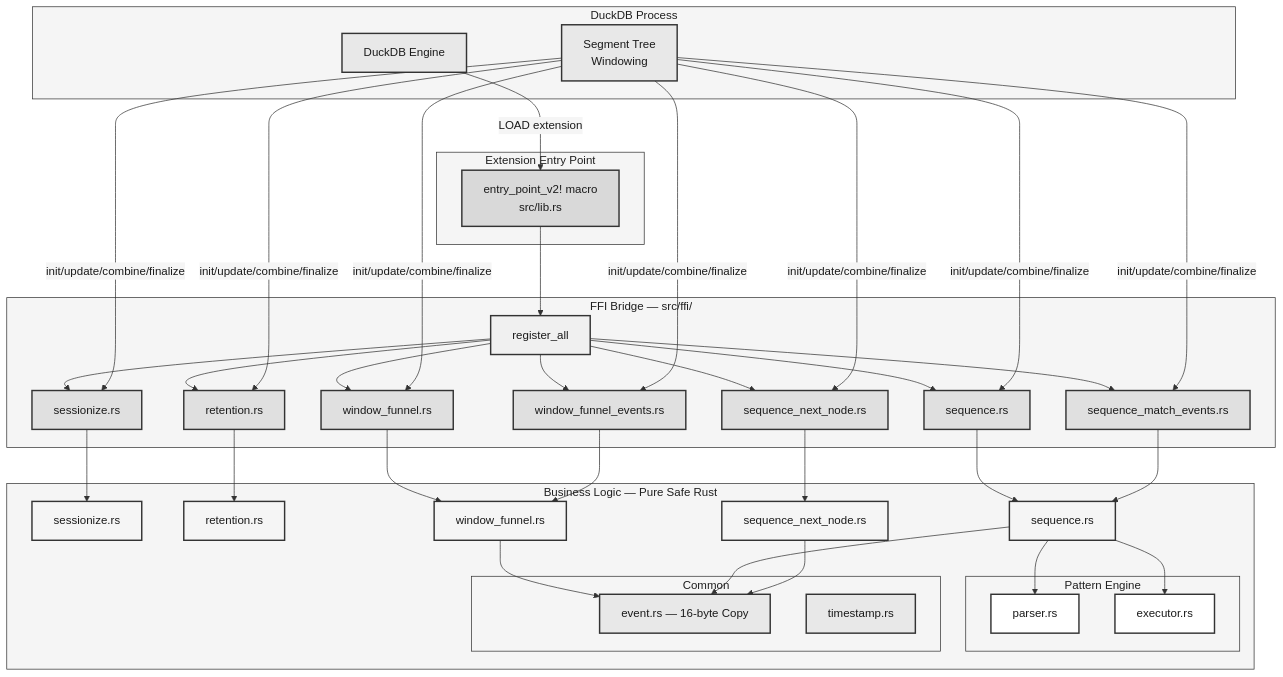
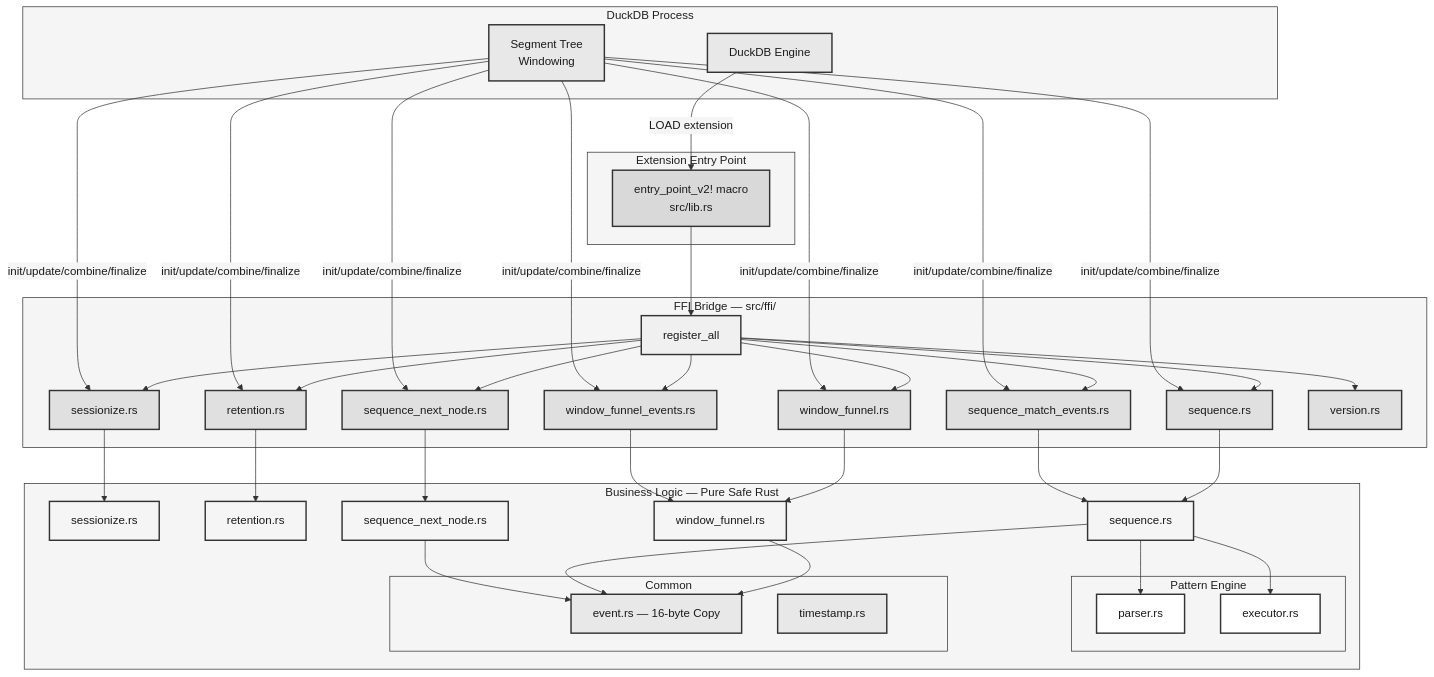
One commit to tomtom215/duckdb-behavioral changed the first of 4 diagrams in docs/src/engineering.md. Above: the diagram before and after it, drawn with Mermaid. The commit also changed other lines of this file and 25 other files, not shown here.

````diff
--- a/docs/src/engineering.md
+++ b/docs/src/engineering.md
@@ -39,76 +41,78 @@
 ```mermaid
 %%{init: {'theme': 'base', 'themeVariables': {'primaryColor': '#ffffff', 'primaryTextColor': '#1a1a1a', 'primaryBorderColor': '#333333', 'lineColor': '#333333', 'secondaryColor': '#f5f5f5', 'tertiaryColor': '#e0e0e0', 'textColor': '#1a1a1a', 'mainBkg': '#ffffff', 'clusterBkg': '#f5f5f5', 'clusterBorder': '#333333'}}}%%
 graph TB
     subgraph "DuckDB Process"
         DDB[DuckDB Engine]
         SEG[Segment Tree<br/>Windowing]
     end
 
     subgraph "Extension Entry Point"
         EP[entry_point_v2! macro<br/>src/lib.rs]
     end
 
     subgraph "FFI Bridge — src/ffi/"
         REG[register_all]
         FS[sessionize.rs]
         FR[retention.rs]
         FW[window_funnel.rs]
         FWE[window_funnel_events.rs]
         FQ[sequence.rs]
         FE[sequence_match_events.rs]
         FN[sequence_next_node.rs]
+        FV[version.rs]
     end
 
     subgraph "Business Logic — Pure Safe Rust"
         SS[sessionize.rs]
         SR[retention.rs]
         SW[window_funnel.rs]
         SQ[sequence.rs]
         SN[sequence_next_node.rs]
         subgraph "Pattern Engine"
             PP[parser.rs]
             PE[executor.rs]
         end
         subgraph "Common"
             EV[event.rs — 16-byte Copy]
             TS[timestamp.rs]
         end
     end
 
     DDB -->|LOAD extension| EP
     EP --> REG
-    REG --> FS & FR & FW & FWE & FQ & FE & FN
+    REG --> FS & FR & FW & FWE & FQ & FE & FN & FV
     SEG -->|init/update/combine/finalize| FS & FR & FW & FWE & FQ & FE & FN
     FS --> SS
     FR --> SR
     FW --> SW
     FWE --> SW
     FQ --> SQ
     FE --> SQ
     FN --> SN
     SQ --> PP & PE
     SW --> EV
     SQ --> EV
     SN --> EV
 
     style EP fill:#d9d9d9,stroke:#333333,stroke-width:2px,color:#1a1a1a
     style DDB fill:#e8e8e8,stroke:#333333,stroke-width:2px,color:#1a1a1a
     style SEG fill:#e8e8e8,stroke:#333333,stroke-width:2px,color:#1a1a1a
     style REG fill:#f0f0f0,stroke:#333333,stroke-width:2px,color:#1a1a1a
     style FS fill:#e0e0e0,stroke:#333333,stroke-width:2px,color:#1a1a1a
     style FR fill:#e0e0e0,stroke:#333333,stroke-width:2px,color:#1a1a1a
     style FW fill:#e0e0e0,stroke:#333333,stroke-width:2px,color:#1a1a1a
     style FWE fill:#e0e0e0,stroke:#333333,stroke-width:2px,color:#1a1a1a
     style FQ fill:#e0e0e0,stroke:#333333,stroke-width:2px,color:#1a1a1a
     style FE fill:#e0e0e0,stroke:#333333,stroke-width:2px,color:#1a1a1a
     style FN fill:#e0e0e0,stroke:#333333,stroke-width:2px,color:#1a1a1a
+    style FV fill:#e0e0e0,stroke:#333333,stroke-width:2px,color:#1a1a1a
     style SS fill:#f5f5f5,stroke:#333333,stroke-width:2px,color:#1a1a1a
     style SR fill:#f5f5f5,stroke:#333333,stroke-width:2px,color:#1a1a1a
     style SW fill:#f5f5f5,stroke:#333333,stroke-width:2px,color:#1a1a1a
     style SQ fill:#f5f5f5,stroke:#333333,stroke-width:2px,color:#1a1a1a
     style SN fill:#f5f5f5,stroke:#333333,stroke-width:2px,color:#1a1a1a
     style PP fill:#ffffff,stroke:#333333,stroke-width:2px,color:#1a1a1a
     style PE fill:#ffffff,stroke:#333333,stroke-width:2px,color:#1a1a1a
     style EV fill:#e8e8e8,stroke:#333333,stroke-width:2px,color:#1a1a1a
     style TS fill:#e8e8e8,stroke:#333333,stroke-width:2px,color:#1a1a1a
 ```
````
